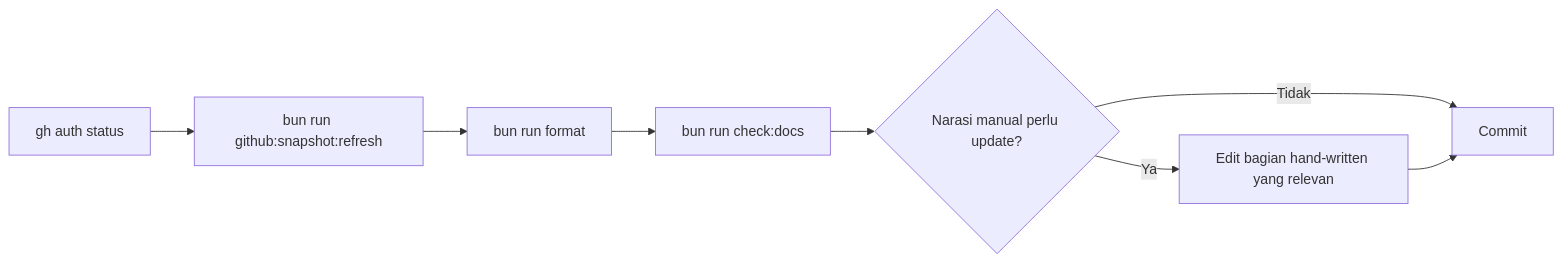
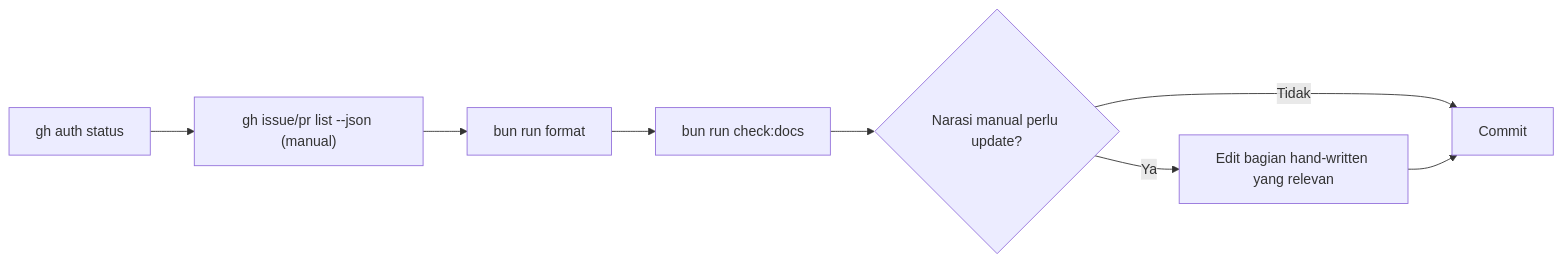
One commit to ahliweb/awcms changed the diagram in .claude/skills/awcms-github-snapshot/SKILL.md. Above: the diagram before and after it, drawn with Mermaid. The commit also changed other lines of this file and 11 other files, not shown here.

````diff
--- a/.claude/skills/awcms-github-snapshot/SKILL.md
+++ b/.claude/skills/awcms-github-snapshot/SKILL.md
@@ -72,10 +73,10 @@
 ```mermaid
 flowchart LR
-  A[gh auth status] --> B[bun run github:snapshot:refresh]
+  A[gh auth status] --> B["gh issue/pr list --json (manual)"]
   B --> C[bun run format]
   C --> D[bun run check:docs]
   D --> E{Narasi manual perlu update?}
   E -- Ya --> F[Edit bagian hand-written yang relevan]
   E -- Tidak --> G[Commit]
   F --> G
 ```
````
